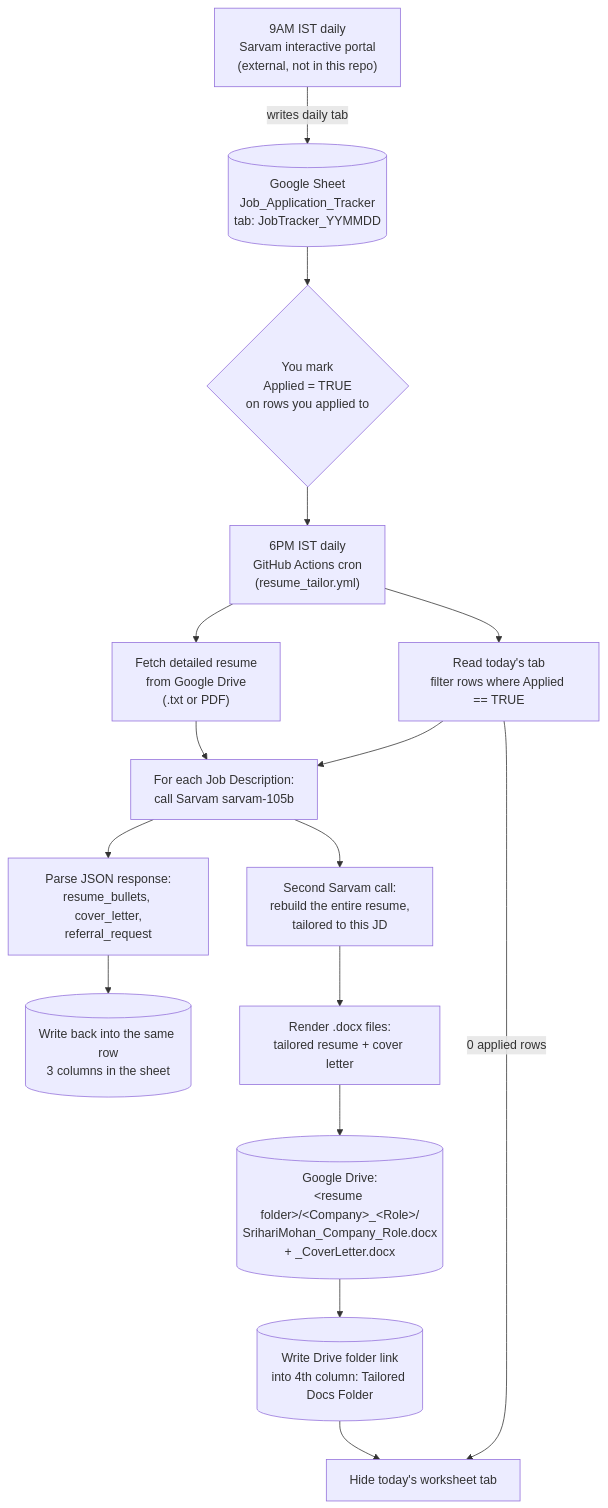
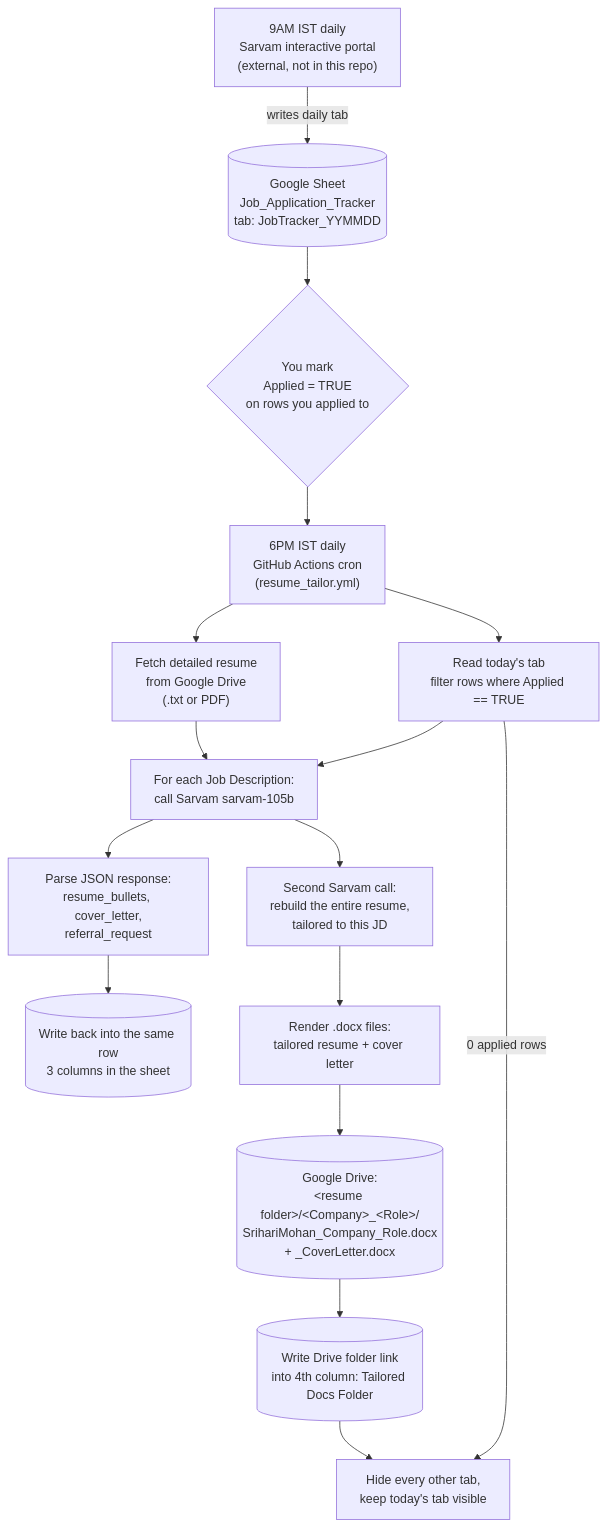
Before and after one commit to mosrihari/ResumeBuilder: the diagram in README.md, drawn with Mermaid. The commit also changed other lines of this file and 2 other files, not shown here.

First line of the commit message:
Hide all other tabs instead of hiding today's own tab

````diff
--- a/README.md
+++ b/README.md
@@ -11,18 +11,18 @@
 ```mermaid
 flowchart TD
     A["9AM IST daily<br/>Sarvam interactive portal<br/>(external, not in this repo)"] -->|writes daily tab| B[("Google Sheet<br/>Job_Application_Tracker<br/>tab: JobTracker_YYMMDD")]
     B --> C{"You mark<br/>Applied = TRUE<br/>on rows you applied to"}
     C --> D["6PM IST daily<br/>GitHub Actions cron<br/>(resume_tailor.yml)"]
     D --> E["Fetch detailed resume<br/>from Google Drive<br/>(.txt or PDF)"]
     D --> F["Read today's tab<br/>filter rows where Applied == TRUE"]
     E --> G["For each Job Description:<br/>call Sarvam sarvam-105b"]
     F --> G
     G --> H["Parse JSON response:<br/>resume_bullets, cover_letter,<br/>referral_request"]
     H --> I[("Write back into the same row<br/>3 columns in the sheet")]
     G --> J["Second Sarvam call:<br/>rebuild the entire resume,<br/>tailored to this JD"]
     J --> K["Render .docx files:<br/>tailored resume + cover letter"]
     K --> L[("Google Drive:<br/>&lt;resume folder&gt;/&lt;Company&gt;_&lt;Role&gt;/<br/>SrihariMohan_Company_Role.docx<br/>+ _CoverLetter.docx")]
     L --> M[("Write Drive folder link<br/>into 4th column: Tailored Docs Folder")]
-    M --> N["Hide today's worksheet tab"]
+    M --> N["Hide every other tab,<br/>keep today's tab visible"]
     F -->|"0 applied rows"| N
 ```
````
